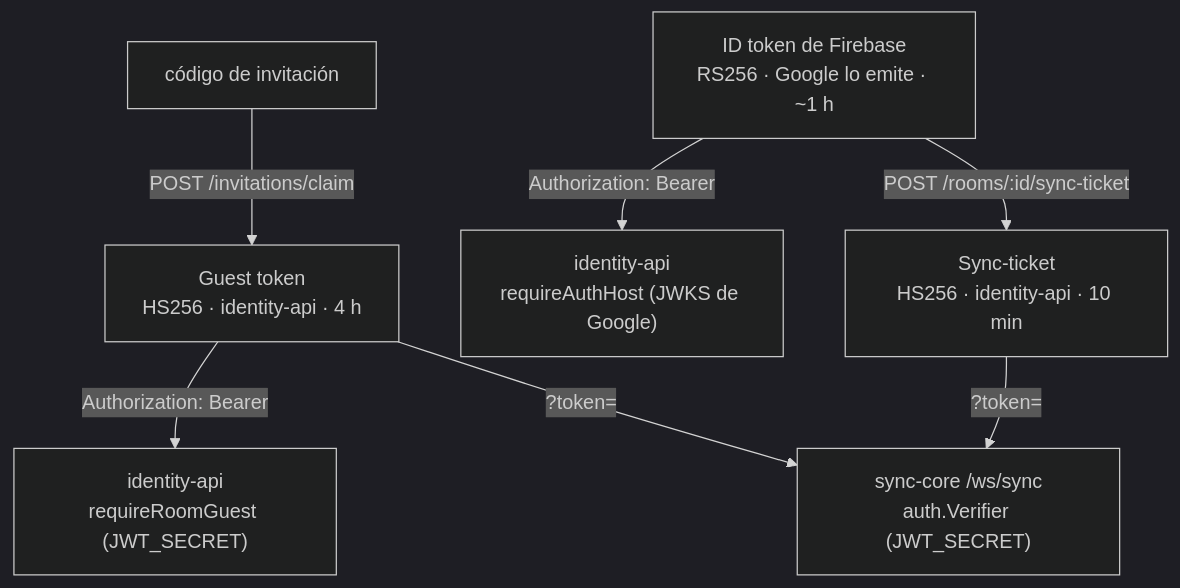
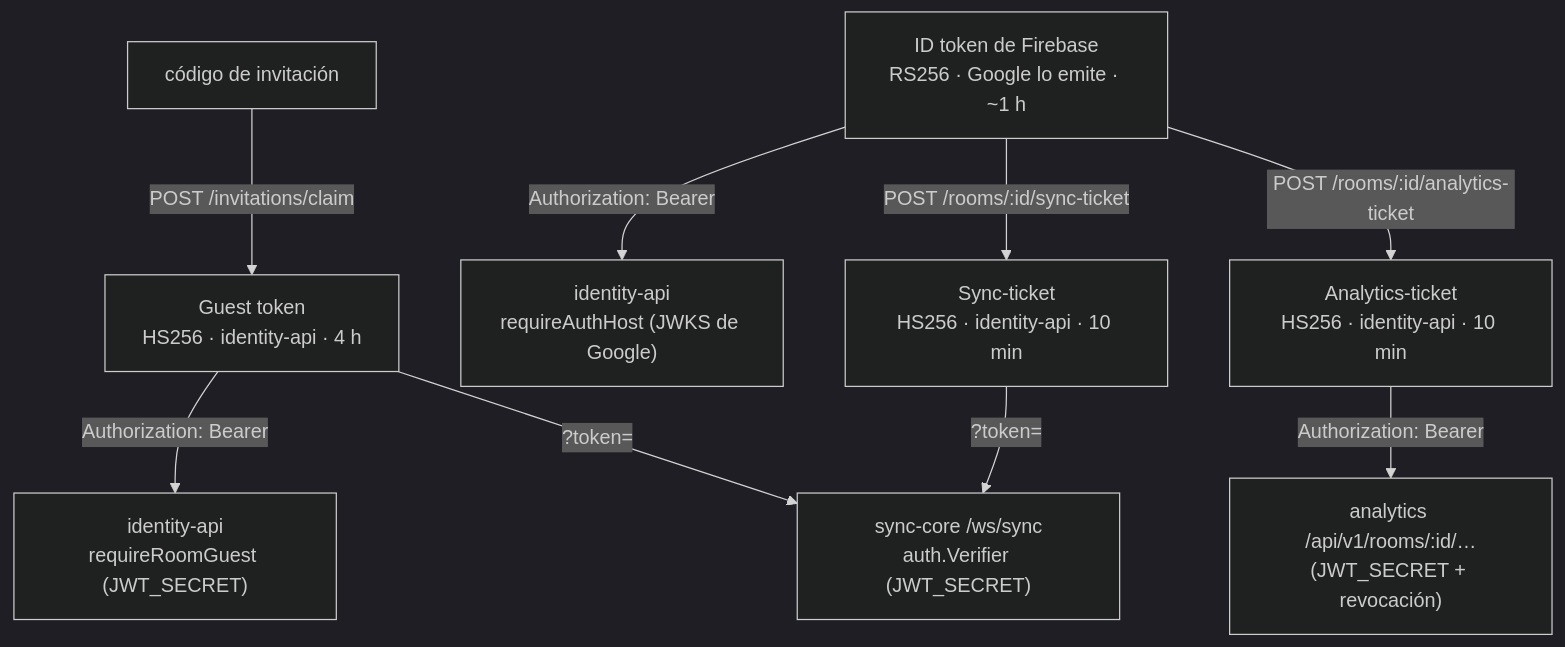
The third of 9 diagrams in docs/usuarios-e-identidad.md (N1ghtlyC0de/TINT), drawn with Mermaid (dark theme) before and after one commit. The commit also changed other lines of this file and 2 other files, not shown here.

First line of the commit message:
docs(identity-api): eventos de analítica y analytics-ticket

````diff
--- a/docs/usuarios-e-identidad.md
+++ b/docs/usuarios-e-identidad.md
@@ -152,13 +153,16 @@
 ```mermaid
 flowchart TB
     FB["ID token de Firebase<br/>RS256 · Google lo emite · ~1 h"]
     GT["Guest token<br/>HS256 · identity-api · 4 h"]
     ST["Sync-ticket<br/>HS256 · identity-api · 10 min"]
+    AT["Analytics-ticket<br/>HS256 · identity-api · 10 min"]
 
     FB -- "Authorization: Bearer" --> API["identity-api<br/>requireAuthHost (JWKS de Google)"]
     GT -- "Authorization: Bearer" --> API2["identity-api<br/>requireRoomGuest (JWT_SECRET)"]
     GT -- "?token=" --> SC["sync-core /ws/sync<br/>auth.Verifier (JWT_SECRET)"]
     ST -- "?token=" --> SC
     FB -- "POST /rooms/:id/sync-ticket" --> ST
+    FB -- "POST /rooms/:id/analytics-ticket" --> AT
+    AT -- "Authorization: Bearer" --> AN["analytics /api/v1/rooms/:id/…<br/>(JWT_SECRET + revocación)"]
     INV["código de invitación"] -- "POST /invitations/claim" --> GT
 ```
````
